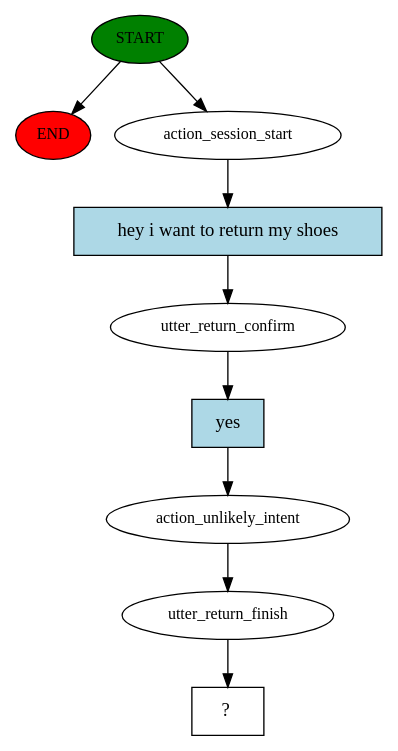
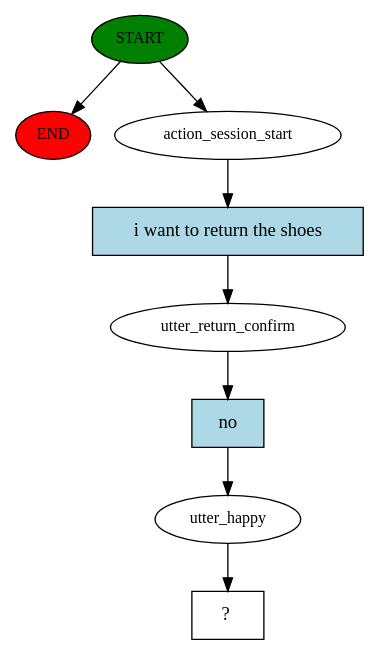
Before and after one commit to cnarte/Grid: the diagram in story_graph.dot, drawn with Graphviz. The commit also changed 7 other files, not shown here.

```diff
--- a/story_graph.dot
+++ b/story_graph.dot
@@ -1,19 +1,17 @@
 digraph  {
 0 [class="start active", fillcolor=green, fontsize=12, label=START, style=filled];
 "-1" [class=end, fillcolor=red, fontsize=12, label=END, style=filled];
 1 [class=active, fontsize=12, label=action_session_start];
 2 [class=active, fontsize=12, label=utter_return_confirm];
-3 [class=active, fontsize=12, label=action_unlikely_intent];
-4 [class=active, fontsize=12, label=utter_return_finish];
-5 [class="intent dashed active", label="  ?  ", shape=rect];
-6 [class="intent active", fillcolor=lightblue, label="hey i want to return my shoes", shape=rect, style=filled];
-7 [class="intent active", fillcolor=lightblue, label=yes, shape=rect, style=filled];
+3 [class=active, fontsize=12, label=utter_happy];
+4 [class="intent dashed active", label="  ?  ", shape=rect];
+5 [class="intent active", fillcolor=lightblue, label="i want to return the shoes", shape=rect, style=filled];
+6 [class="intent active", fillcolor=lightblue, label=no, shape=rect, style=filled];
 0 -> "-1"  [class="", key=NONE, label=""];
 0 -> 1  [class=active, key=NONE, label=""];
-1 -> 6  [class=active, key=0];
-2 -> 7  [class=active, key=0];
+1 -> 5  [class=active, key=0];
+2 -> 6  [class=active, key=0];
 3 -> 4  [class=active, key=NONE, label=""];
-4 -> 5  [class=active, key=NONE, label=""];
-6 -> 2  [class=active, key=0];
-7 -> 3  [class=active, key=0];
+5 -> 2  [class=active, key=0];
+6 -> 3  [class=active, key=0];
 }
```
